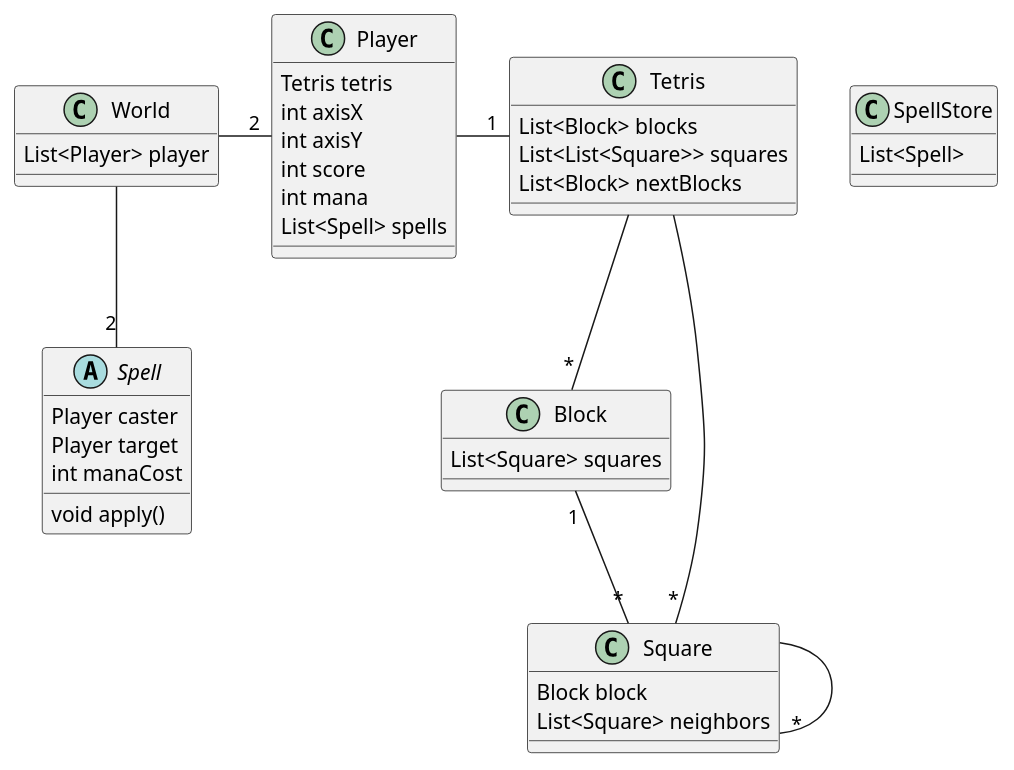
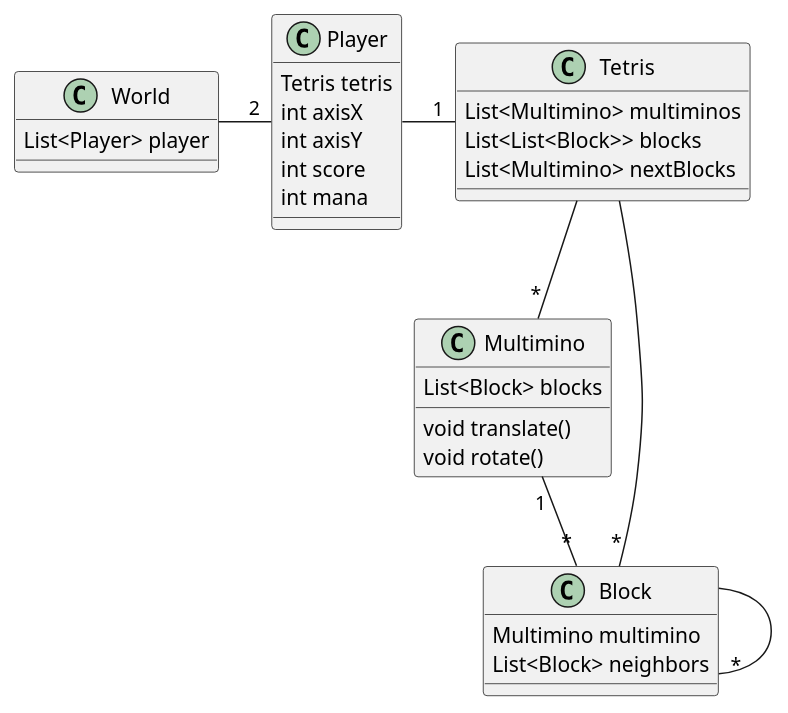
Before and after one commit to TeleGD/tgd-tetris-battle: the diagram in doc/classes.plantuml, drawn with PlantUML. The commit also changed 5 other files, not shown here.

Commit message:
Renommage de Square en Block et de Block en Multimino, parcequ'on confondu déjà tout

```diff
--- a/doc/classes.plantuml
+++ b/doc/classes.plantuml
@@ -1,50 +1,40 @@
 @startuml
 
 class World {
   List<Player> player
 }
 
 class Player{
   Tetris tetris
   int axisX
   int axisY
   int score
   int mana
-  List<Spell> spells
 }
 
 class Tetris {
+  List<Multimino> multiminos
+  List<List<Block>> blocks
+  List<Multimino> nextBlocks
+}
+
+class Multimino{
   List<Block> blocks
-  List<List<Square>> squares
-  List<Block> nextBlocks
+  void translate()
+  void rotate()
 }
 
 class Block{
-  List<Square> squares
+  Multimino multimino
+  List<Block> neighbors
 }
 
-class Square{
-  Block block
-  List<Square> neighbors
-}
 
-class SpellStore{
-  List<Spell>
-}
-
-abstract class Spell{
-  Player caster
-  Player target
-  int manaCost
-  void apply()
-}
-
-Block "1" -- "*" Square
+Multimino "1" -- "*" Block
+Tetris -- "*" Multimino
 Tetris -- "*" Block
-Tetris -- "*" Square
-Square -- "*" Square
+Block -- "*" Block
 World - "2" Player
 Player - "1" Tetris
-World -- "2" Spell
 
 @enduml
```
